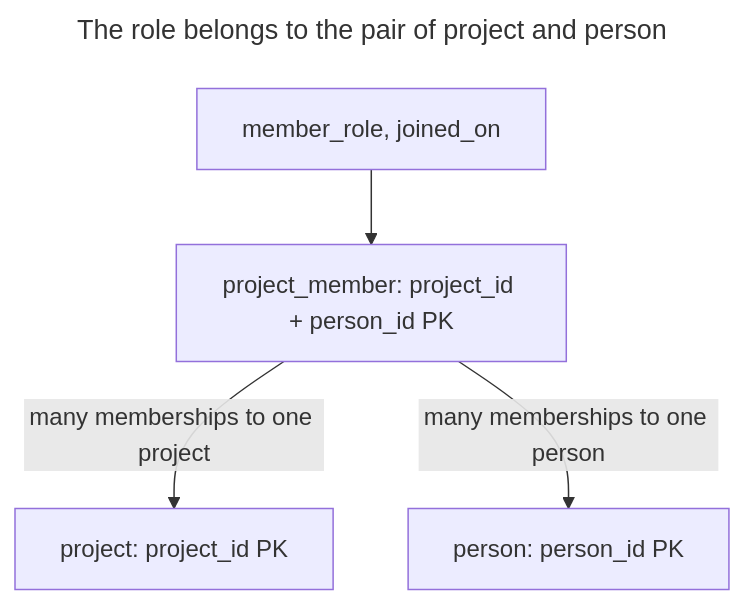
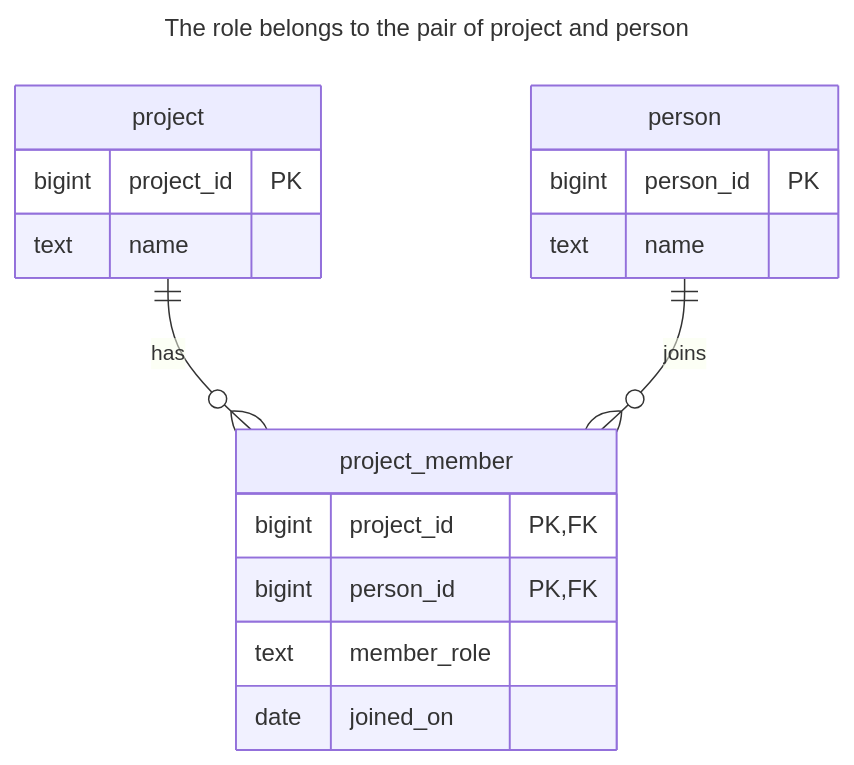
Before and after one commit to mokevnin/database-design-patterns: the second of 4 diagrams in book/en/association-table.md, drawn with Mermaid. The commit also changed other lines of this file and 13 other files, not shown here.

First line of the commit message:
docs: add ER and other diagrams to the first fourteen chapters

````diff
--- a/book/en/association-table.md
+++ b/book/en/association-table.md
@@ -42,13 +64,24 @@
 ```mermaid
 ---
 title: The role belongs to the pair of project and person
 ---
-flowchart TB
-  membership["project_member: project_id + person_id PK"]:::accent
-  project["project: project_id PK"]:::muted
-  person["person: person_id PK"]:::muted
-  facts["member_role, joined_on"]:::warn
-  membership -->|many memberships to one project| project
-  membership -->|many memberships to one person| person
-  facts --> membership
+erDiagram
+  project ||--o{ project_member : has
+  person ||--o{ project_member : joins
+  project {
+    bigint project_id PK
+    text name
+  }
+  person {
+    bigint person_id PK
+    text name
+  }
+  project_member {
+    bigint project_id PK, FK
+    bigint person_id PK, FK
+    text member_role
+    date joined_on
+  }
+  class project_member accent
+  class project,person muted
 ```
````
